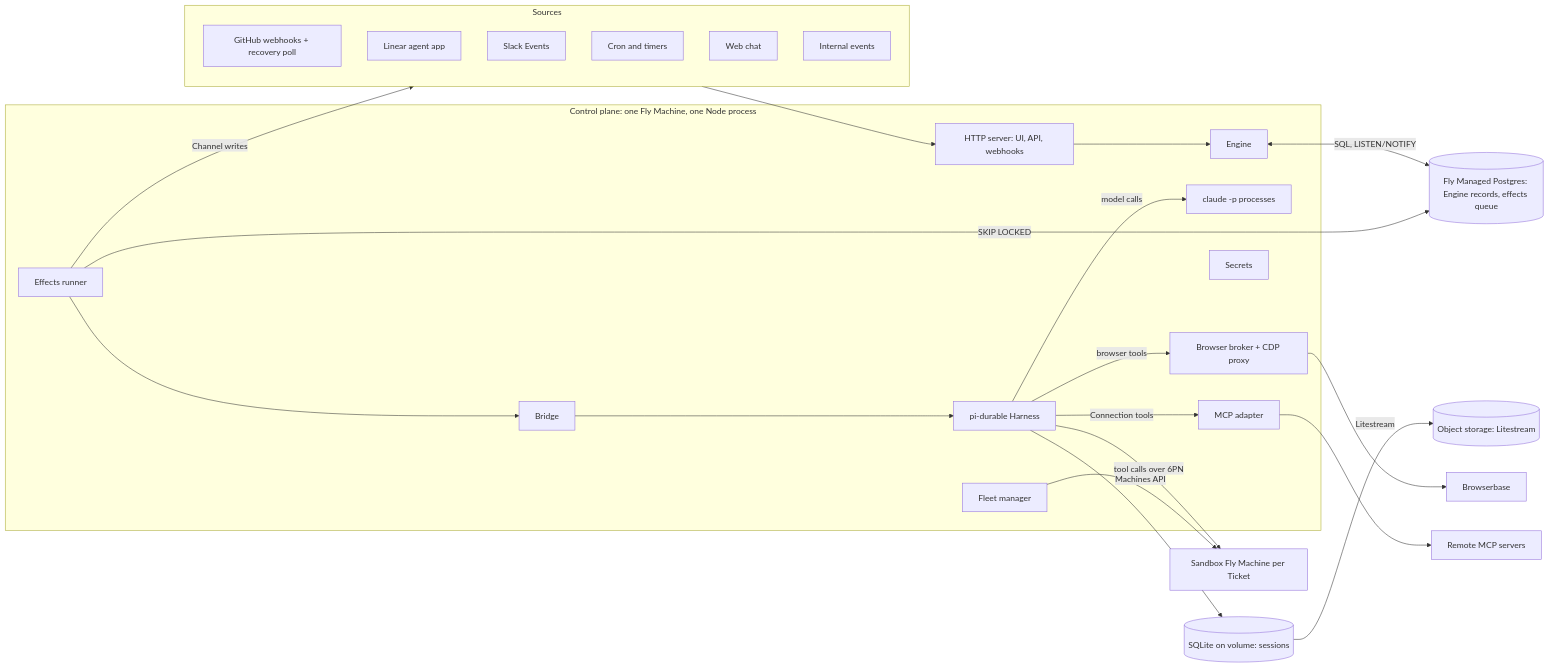
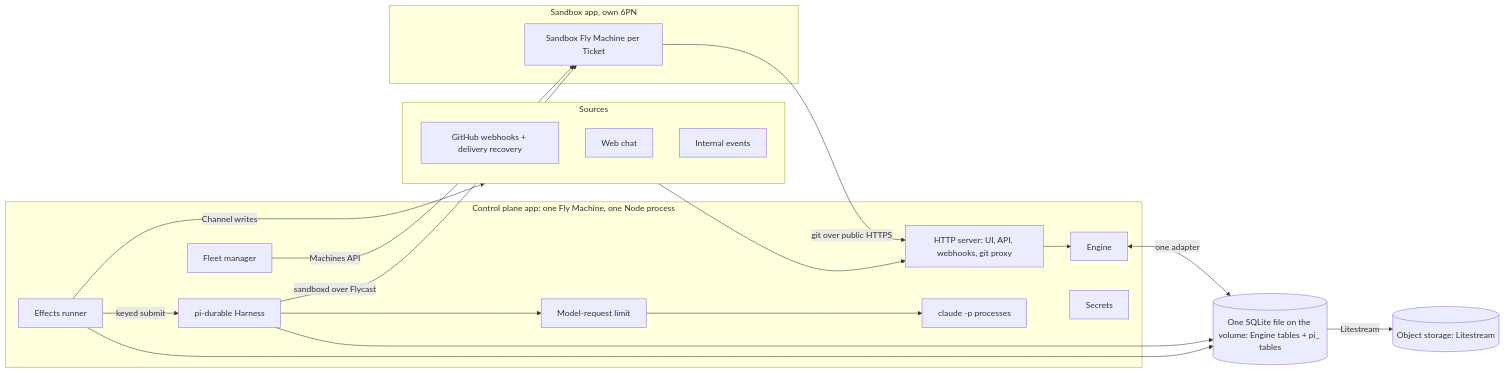
One commit to willisrocks/borant changed the first of 2 diagrams in docs/superpowers/specs/2026-11-03-borant-cloud-control-plane-design.md. Above: the diagram before and after it, drawn with Mermaid. The commit also changed other lines of this file, not shown here.

````diff
--- a/docs/superpowers/specs/2026-11-03-borant-cloud-control-plane-design.md
+++ b/docs/superpowers/specs/2026-11-03-borant-cloud-control-plane-design.md
@@ -221,42 +242,35 @@
 ```mermaid
 flowchart LR
   subgraph Sources
-    GH[GitHub webhooks + recovery poll]
-    LN[Linear agent app]
-    SL[Slack Events]
-    CR[Cron and timers]
+    GH[GitHub webhooks + delivery recovery]
     WC[Web chat]
     IE[Internal events]
   end
-  subgraph CP["Control plane: one Fly Machine, one Node process"]
-    HTTP[HTTP server: UI, API, webhooks]
+  subgraph CP["Control plane app: one Fly Machine, one Node process"]
+    HTTP[HTTP server: UI, API, webhooks, git proxy]
     ENG[Engine]
     EFF[Effects runner]
-    BR[Bridge]
     HAR[pi-durable Harness]
+    LIM[Model-request limit]
     CC[claude -p processes]
     FM[Fleet manager]
-    BB[Browser broker + CDP proxy]
     SEC[Secrets]
-    MC[MCP adapter]
   end
-  PG[(Fly Managed Postgres: Engine records, effects queue)]
-  SQ[(SQLite on volume: sessions)]
-  SB[Sandbox Fly Machine per Ticket]
-  BBS[Browserbase]
-  MS[Remote MCP servers]
+  SQ[(One SQLite file on the volume: Engine tables + pi_ tables)]
+  subgraph SBX["Sandbox app, own 6PN"]
+    SB[Sandbox Fly Machine per Ticket]
+  end
   OBJ[(Object storage: Litestream)]
 
   Sources --> HTTP --> ENG
-  ENG <-->|SQL, LISTEN/NOTIFY| PG
-  EFF -->|SKIP LOCKED| PG
-  EFF --> BR --> HAR
+  ENG <-->|one adapter| SQ
+  EFF --> SQ
+  EFF -->|keyed submit| HAR
   HAR --> SQ
   SQ -->|Litestream| OBJ
-  HAR -->|model calls| CC
-  HAR -->|tool calls over 6PN| SB
+  HAR --> LIM --> CC
+  HAR -->|sandboxd over Flycast| SB
   FM -->|Machines API| SB
-  HAR -->|browser tools| BB --> BBS
-  HAR -->|Connection tools| MC --> MS
+  SB -->|git over public HTTPS| HTTP
   EFF -->|Channel writes| Sources
 ```
````
